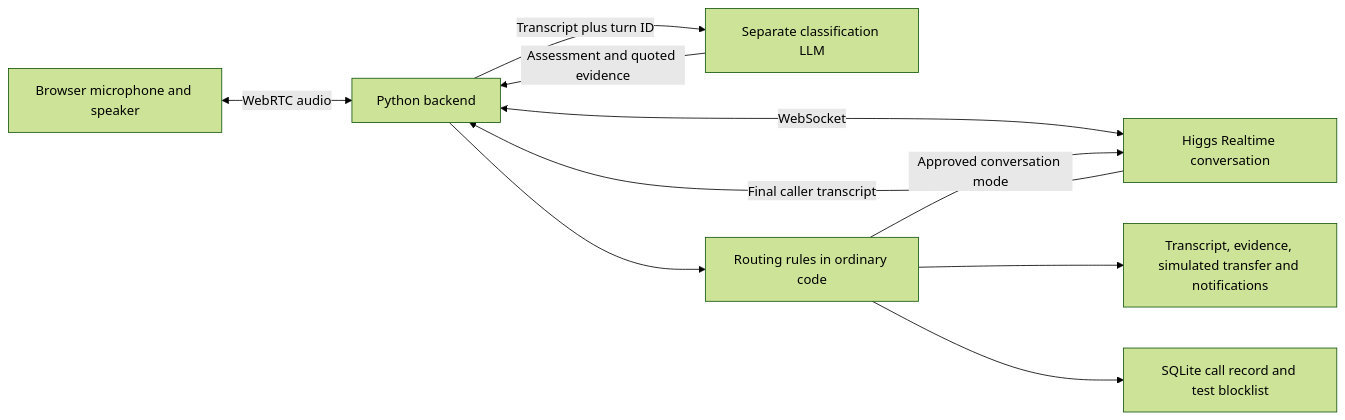
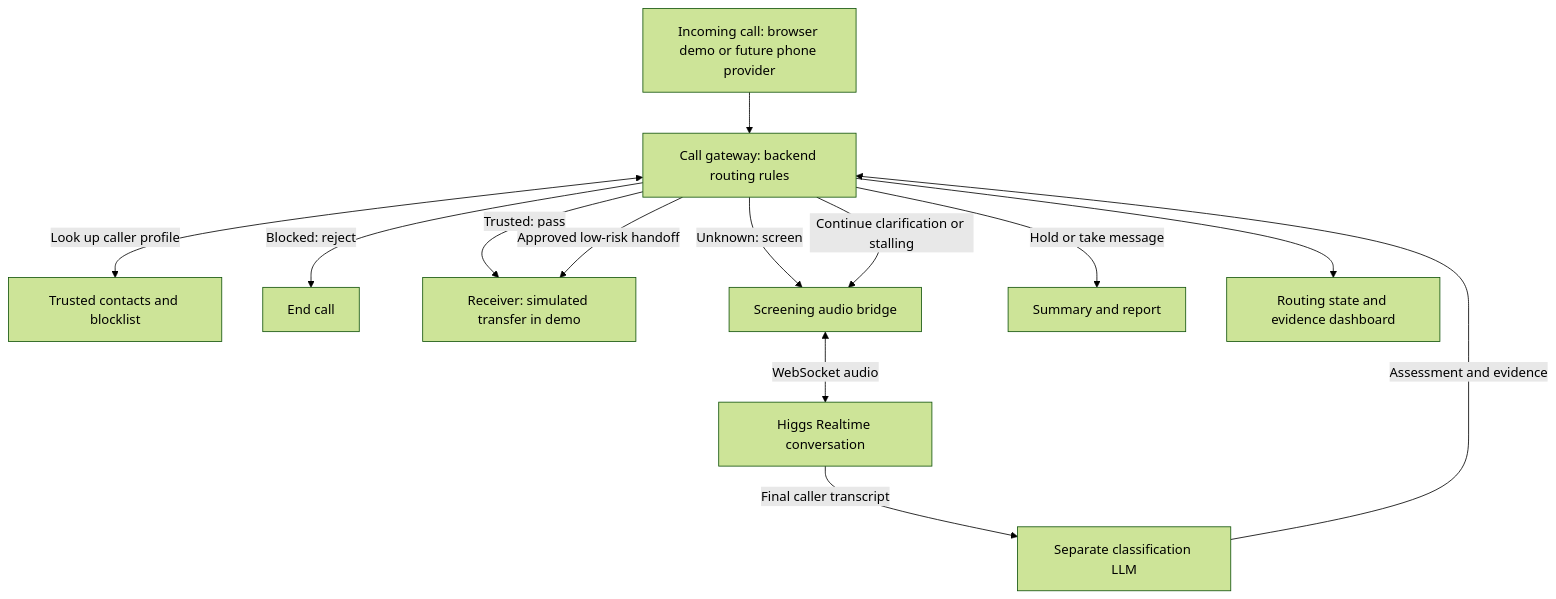
One commit to AlexanderMenassa/BosonAI-Hackathon changed the diagram in README.md. Above: the diagram before and after it, drawn with Mermaid (forest theme). The commit also changed other lines of this file, not shown here.

Commit message:
Refine roadmap with call gateway and established baseline

````diff
--- a/README.md
+++ b/README.md
@@ -43,12 +46,15 @@
 ```mermaid
-flowchart LR
-    Browser[Browser microphone and speaker] <-->|WebRTC audio| Backend[Python backend]
-    Backend <-->|WebSocket| Higgs[Higgs Realtime conversation]
-    Higgs -->|Final caller transcript| Backend
-    Backend -->|Transcript plus turn ID| Classifier[Separate classification LLM]
-    Classifier -->|Assessment and quoted evidence| Backend
-    Backend --> Policy[Routing rules in ordinary code]
-    Policy --> Dashboard[Transcript, evidence, simulated transfer and notifications]
-    Policy --> Store[SQLite call record and test blocklist]
-    Policy -->|Approved conversation mode| Higgs
+flowchart TD
+    Incoming[Incoming call: browser demo or future phone provider] --> Gateway[Call gateway: backend routing rules]
+    Gateway <-->|Look up caller profile| Store[Trusted contacts and blocklist]
+    Gateway -->|Blocked: reject| End[End call]
+    Gateway -->|Trusted: pass| Receiver[Receiver: simulated transfer in demo]
+    Gateway -->|Unknown: screen| Bridge[Screening audio bridge]
+    Bridge <-->|WebSocket audio| Higgs[Higgs Realtime conversation]
+    Higgs -->|Final caller transcript| Classifier[Separate classification LLM]
+    Classifier -->|Assessment and evidence| Gateway
+    Gateway -->|Continue clarification or stalling| Bridge
+    Gateway -->|Approved low-risk handoff| Receiver
+    Gateway -->|Hold or take message| Report[Summary and report]
+    Gateway --> Dashboard[Routing state and evidence dashboard]
 ```
````
